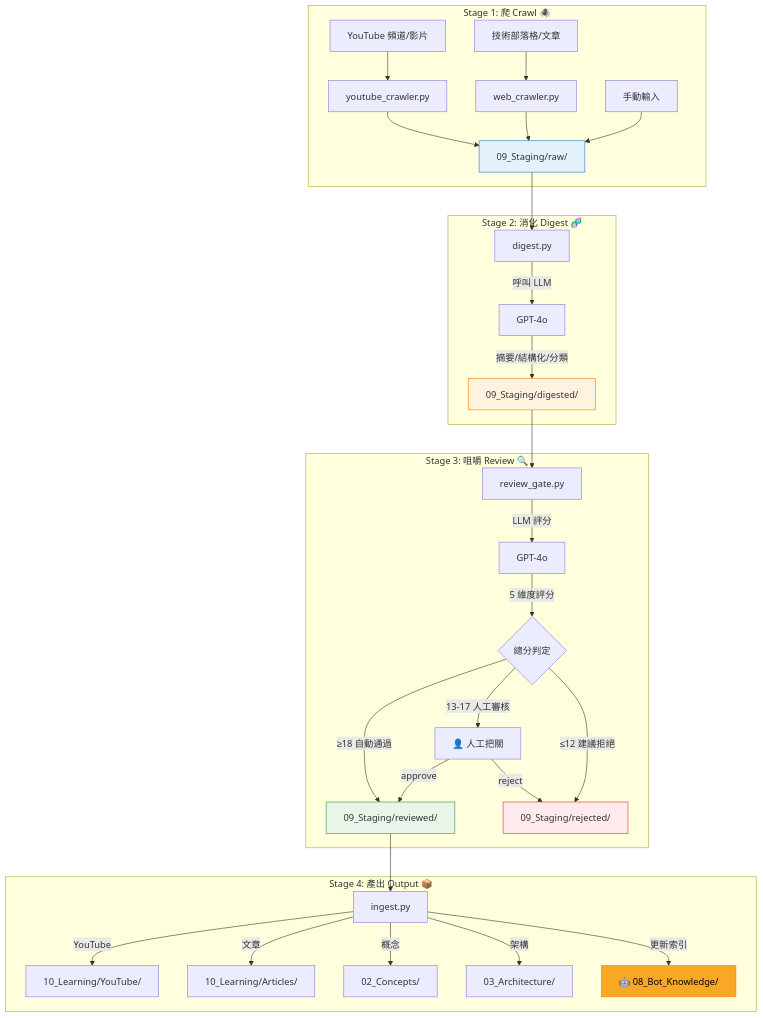
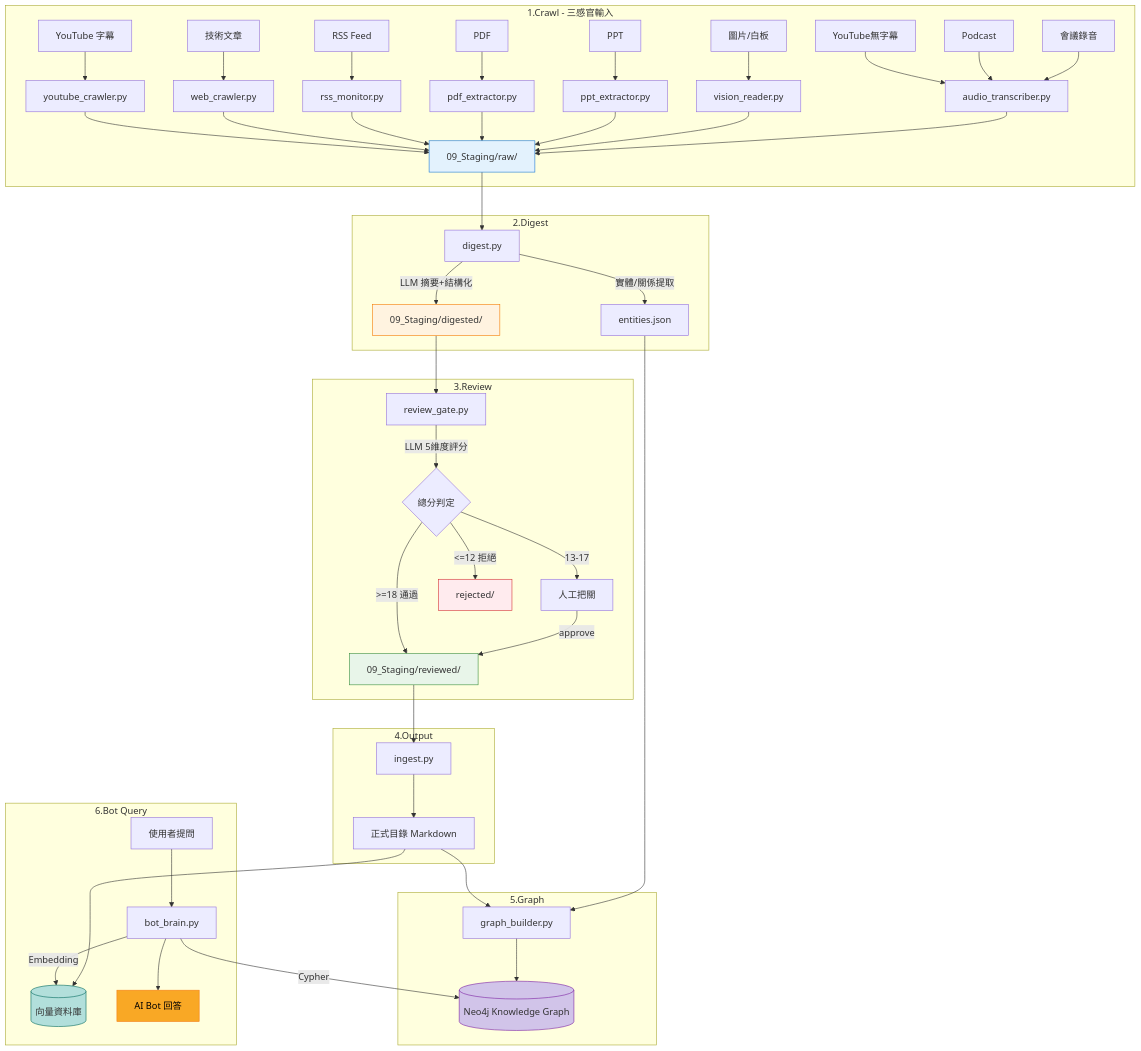
Before and after one commit to william0214/AI-Knowledge-Base: the diagram in 03_Architecture/Knowledge_Pipeline.md, drawn with Mermaid. The commit also changed other lines of this file and 1 other file, not shown here.

Commit message:
docs: Knowledge Pipeline v3 — 全感官知識管線 + Neo4j 知識圖譜規劃

```diff
--- a/03_Architecture/Knowledge_Pipeline.md
+++ b/03_Architecture/Knowledge_Pipeline.md
@@ -11,42 +11,63 @@
 :::mermaid
 graph TD
-    subgraph "Stage 1: 爬 Crawl 🕷️"
-        Y[YouTube 頻道/影片] --> YC[youtube_crawler.py]
-        W[技術部落格/文章] --> WC[web_crawler.py]
-        M[手動輸入] --> RAW
+    subgraph "1.Crawl - 三感官輸入"
+        R1[YouTube 字幕] --> YC[youtube_crawler.py]
+        R2[技術文章] --> WC[web_crawler.py]
+        R3[RSS Feed] --> RS[rss_monitor.py]
+        V1[PDF] --> PF[pdf_extractor.py]
+        V2[PPT] --> PP[ppt_extractor.py]
+        V3[圖片/白板] --> VR[vision_reader.py]
+        A1[YouTube無字幕] --> AT[audio_transcriber.py]
+        A2[Podcast] --> AT
+        A3[會議錄音] --> AT
         YC --> RAW[09_Staging/raw/]
         WC --> RAW
+        RS --> RAW
+        PF --> RAW
+        PP --> RAW
+        VR --> RAW
+        AT --> RAW
     end
 
-    subgraph "Stage 2: 消化 Digest 🧬"
+    subgraph "2.Digest"
         RAW --> DG[digest.py]
-        DG -->|呼叫 LLM| LLM1[GPT-4o]
-        LLM1 -->|摘要/結構化/分類| DIG[09_Staging/digested/]
+        DG -->|LLM 摘要+結構化| DIG[09_Staging/digested/]
+        DG -->|實體/關係提取| ENT[entities.json]
     end
 
-    subgraph "Stage 3: 咀嚼 Review 🔍"
+    subgraph "3.Review"
         DIG --> RG[review_gate.py]
-        RG -->|LLM 評分| LLM2[GPT-4o]
-        LLM2 -->|5 維度評分| SCORE{總分判定}
-        SCORE -->|≥18 自動通過| REV[09_Staging/reviewed/]
-        SCORE -->|13-17 人工審核| HUMAN[👤 人工把關]
-        SCORE -->|≤12 建議拒絕| REJ[09_Staging/rejected/]
+        RG -->|LLM 5維度評分| SCORE{總分判定}
+        SCORE -->|>=18 通過| REV[09_Staging/reviewed/]
+        SCORE -->|13-17| HUMAN[人工把關]
+        SCORE -->|<=12 拒絕| REJ[rejected/]
         HUMAN -->|approve| REV
-        HUMAN -->|reject| REJ
     end
 
-    subgraph "Stage 4: 產出 Output 📦"
+    subgraph "4.Output"
         REV --> ING[ingest.py]
-        ING -->|YouTube| YT[10_Learning/YouTube/]
-        ING -->|文章| ART[10_Learning/Articles/]
-        ING -->|概念| CON[02_Concepts/]
-        ING -->|架構| ARC[03_Architecture/]
-        ING -->|更新索引| BOT[🤖 08_Bot_Knowledge/]
+        ING --> MD[正式目錄 Markdown]
+    end
+
+    subgraph "5.Graph"
+        MD --> GB[graph_builder.py]
+        ENT --> GB
+        GB --> NEO[(Neo4j Knowledge Graph)]
+    end
+
+    subgraph "6.Bot Query"
+        Q[使用者提問] --> BB[bot_brain.py]
+        BB -->|Cypher| NEO
+        BB -->|Embedding| VDB[(向量資料庫)]
+        MD --> VDB
+        BB --> ANS[AI Bot 回答]
     end
 
     style RAW fill:#e3f2fd,stroke:#1976d2
     style DIG fill:#fff3e0,stroke:#f57c00
     style REV fill:#e8f5e9,stroke:#388e3c
     style REJ fill:#ffebee,stroke:#d32f2f
-    style BOT fill:#f9a825,stroke:#f57f17,color:#000
+    style NEO fill:#d1c4e9,stroke:#7b1fa2
+    style VDB fill:#b2dfdb,stroke:#00695c
+    style ANS fill:#f9a825,stroke:#f57f17,color:#000
 :::
```
